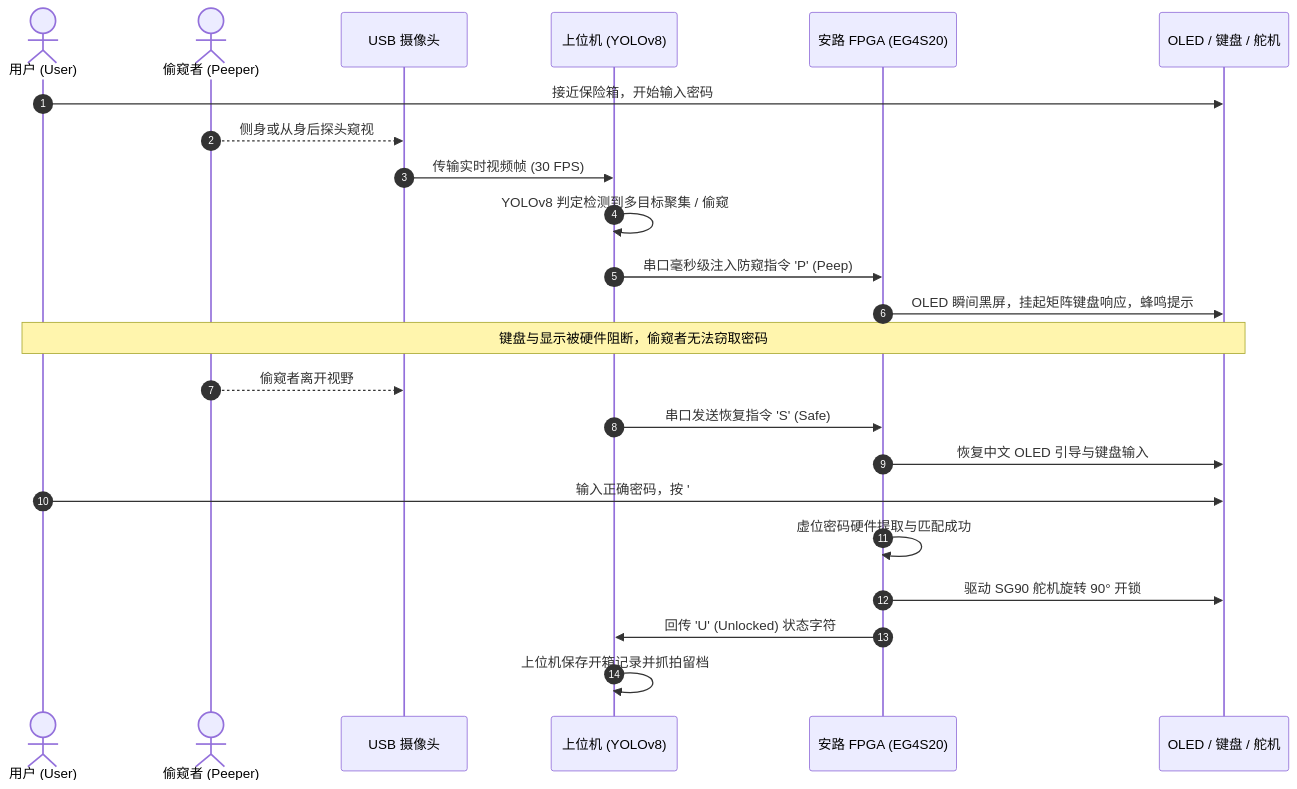
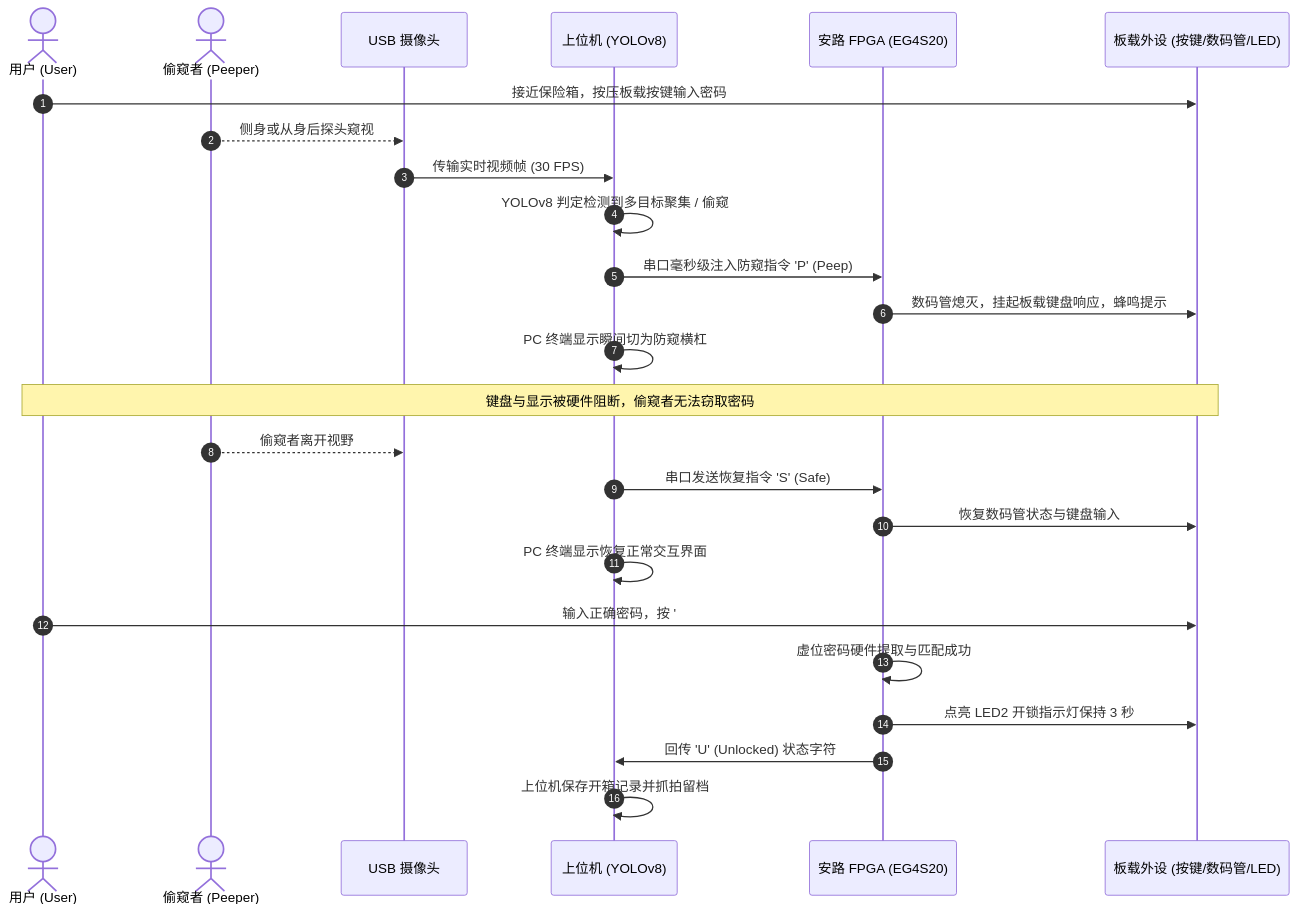
One commit to no-more-human/FPGA-AntiPeep-CipherLock changed the second of 2 diagrams in README.md. Above: the diagram before and after it, drawn with Mermaid. The commit also changed other lines of this file and 21 other files, not shown here.

````diff
--- a/README.md
+++ b/README.md
@@ -100,26 +97,28 @@
 ```mermaid
 sequenceDiagram
     autonumber
     actor User as 用户 (User)
     actor Peeper as 偷窥者 (Peeper)
     participant Cam as USB 摄像头
     participant AI as 上位机 (YOLOv8)
     participant FPGA as 安路 FPGA (EG4S20)
-    participant Hardware as OLED / 键盘 / 舵机
+    participant Hardware as 板载外设 (按键/数码管/LED)
 
-    User->>Hardware: 接近保险箱，开始输入密码
+    User->>Hardware: 接近保险箱，按压板载按键输入密码
     Peeper-->>Cam: 侧身或从身后探头窥视
     Cam->>AI: 传输实时视频帧 (30 FPS)
     AI->>AI: YOLOv8 判定检测到多目标聚集 / 偷窥
     AI->>FPGA: 串口毫秒级注入防窥指令 'P' (Peep)
-    FPGA->>Hardware: OLED 瞬间黑屏，挂起矩阵键盘响应，蜂鸣提示
+    FPGA->>Hardware: 数码管熄灭，挂起板载键盘响应，蜂鸣提示
+    AI->>AI: PC 终端显示瞬间切为防窥横杠
     Note over User,Hardware: 键盘与显示被硬件阻断，偷窥者无法窃取密码
     Peeper-->>Cam: 偷窥者离开视野
     AI->>FPGA: 串口发送恢复指令 'S' (Safe)
-    FPGA->>Hardware: 恢复中文 OLED 引导与键盘输入
+    FPGA->>Hardware: 恢复数码管状态与键盘输入
+    AI->>AI: PC 终端显示恢复正常交互界面
     User->>Hardware: 输入正确密码，按 '#' 确认
     FPGA->>FPGA: 虚位密码硬件提取与匹配成功
-    FPGA->>Hardware: 驱动 SG90 舵机旋转 90° 开锁
+    FPGA->>Hardware: 点亮 LED2 开锁指示灯保持 3 秒
     FPGA->>AI: 回传 'U' (Unlocked) 状态字符
     AI->>AI: 上位机保存开箱记录并抓拍留档
 ```
````
